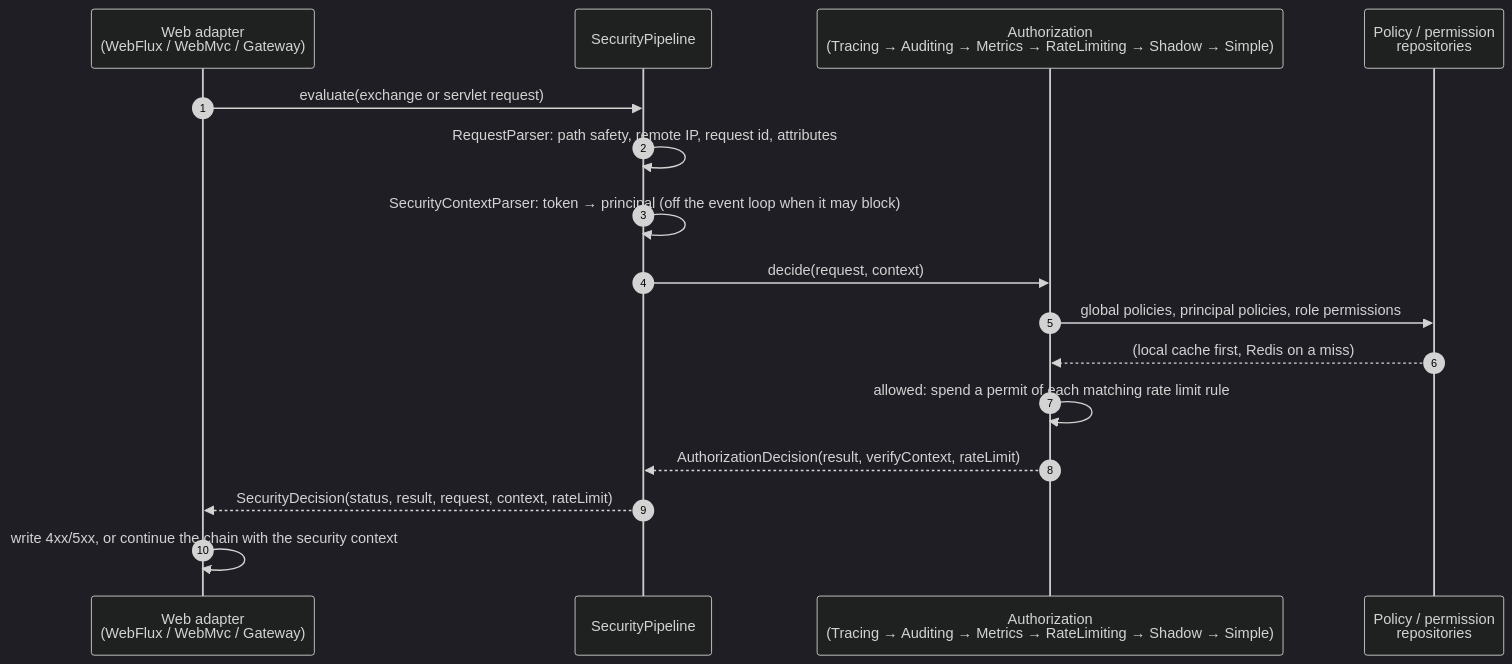
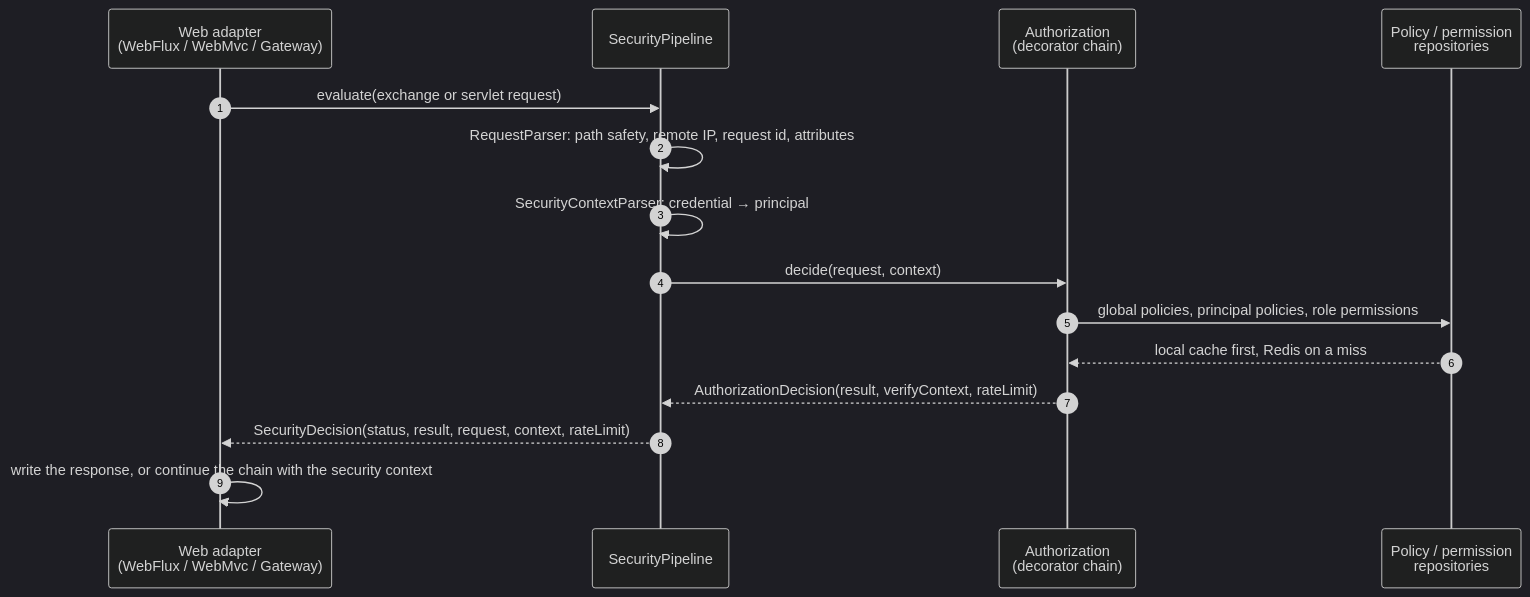
The second of 3 diagrams in wiki/architecture/overview.md (Ahoo-Wang/CoSec), drawn with Mermaid (dark theme) before and after one commit. The commit also changed other lines of this file and 79 other files, not shown here.

````diff
--- a/wiki/architecture/overview.md
+++ b/wiki/architecture/overview.md
@@ -37,18 +68,17 @@
 ```mermaid
 sequenceDiagram
     autonumber
     participant A as Web adapter<br>(WebFlux / WebMvc / Gateway)
     participant P as SecurityPipeline
-    participant Z as Authorization<br>(Tracing → Auditing → Metrics → RateLimiting → Shadow → Simple)
+    participant Z as Authorization<br>(decorator chain)
     participant R as Policy / permission<br>repositories
     A->>P: evaluate(exchange or servlet request)
     P->>P: RequestParser: path safety, remote IP, request id, attributes
-    P->>P: SecurityContextParser: token → principal (off the event loop when it may block)
+    P->>P: SecurityContextParser: credential → principal
     P->>Z: decide(request, context)
     Z->>R: global policies, principal policies, role permissions
-    R-->>Z: (local cache first, Redis on a miss)
-    Z->>Z: allowed: spend a permit of each matching rate limit rule
+    R-->>Z: local cache first, Redis on a miss
     Z-->>P: AuthorizationDecision(result, verifyContext, rateLimit)
     P-->>A: SecurityDecision(status, result, request, context, rateLimit)
-    A->>A: write 4xx/5xx, or continue the chain with the security context
+    A->>A: write the response, or continue the chain with the security context
 ```
````
